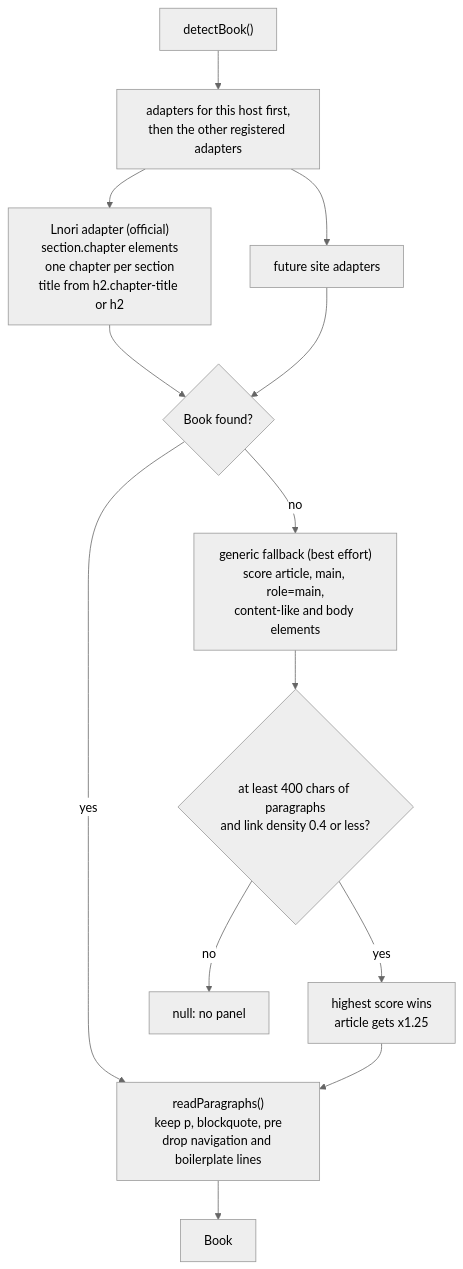
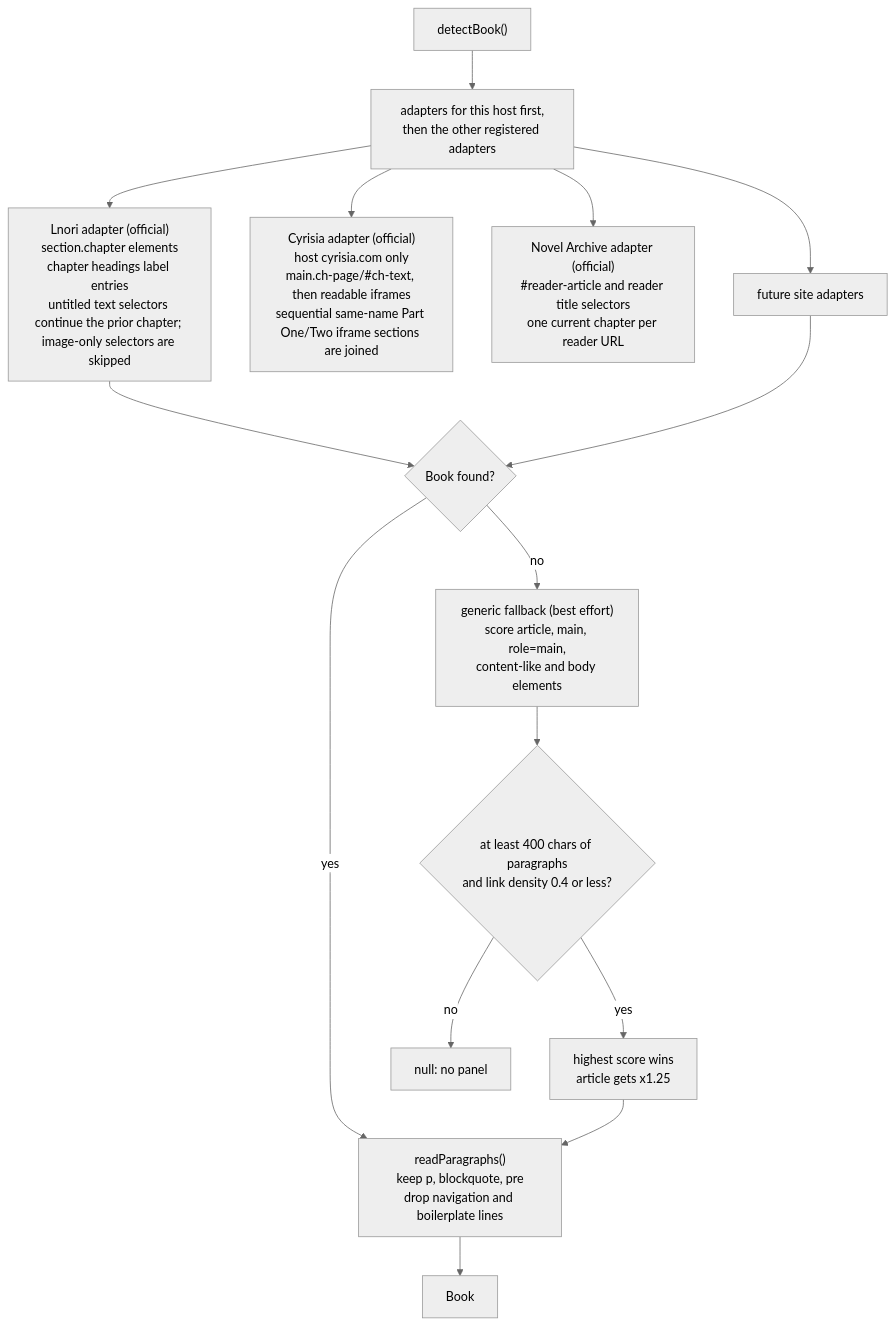
One commit to abdullahkhfb/narrately changed the sixth of 6 diagrams in docs/architecture.md. Above: the diagram before and after it, drawn with Mermaid (neutral theme). The commit also changed other lines of this file and 42 other files, not shown here.

````diff
--- a/docs/architecture.md
+++ b/docs/architecture.md
@@ -221,15 +227,17 @@
 ```mermaid
 flowchart TD
     start["detectBook()"] --> order["adapters for this host first,<br/>then the other registered adapters"]
-    order --> lnori["Lnori adapter (official)<br/>section.chapter elements<br/>one chapter per section<br/>title from h2.chapter-title or h2"]
+    order --> lnori["Lnori adapter (official)<br/>section.chapter elements<br/>chapter headings label entries<br/>untitled text selectors continue the prior chapter; image-only selectors are skipped"]
+    order --> cyrisia["Cyrisia adapter (official)<br/>host cyrisia.com only<br/>main.ch-page/#ch-text, then readable iframes<br/>sequential same-name Part One/Two iframe sections are joined"]
+    order --> novelarchive["Novel Archive adapter (official)<br/>#reader-article and reader title selectors<br/>one current chapter per reader URL"]
     order --> future["future site adapters"]
     lnori --> hit{"Book found?"}
     future --> hit
     hit -- yes --> filter["readParagraphs()<br/>keep p, blockquote, pre<br/>drop navigation and boilerplate lines"]
     hit -- no --> generic["generic fallback (best effort)<br/>score article, main, role=main,<br/>content-like and body elements"]
     generic --> enough{"at least 400 chars of paragraphs<br/>and link density 0.4 or less?"}
     enough -- yes --> best["highest score wins<br/>article gets x1.25"]
     enough -- no --> none["null: no panel"]
     best --> filter
     filter --> book["Book"]
 ```
````
